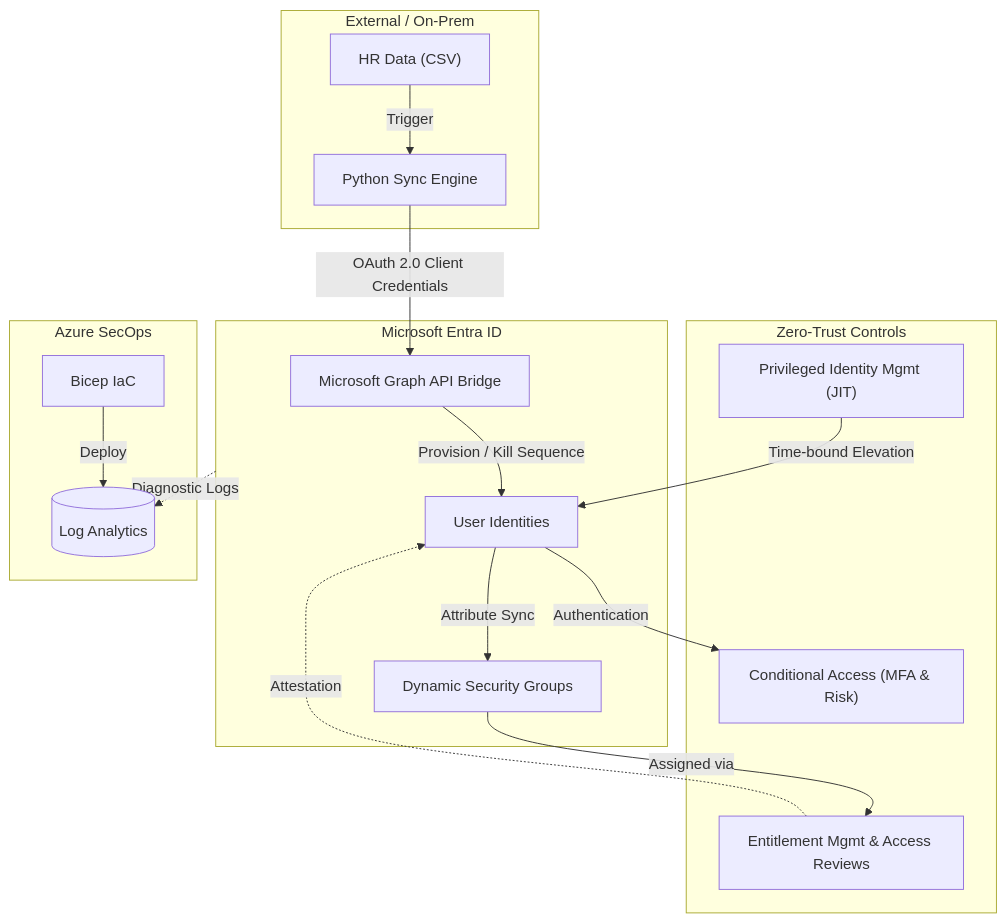
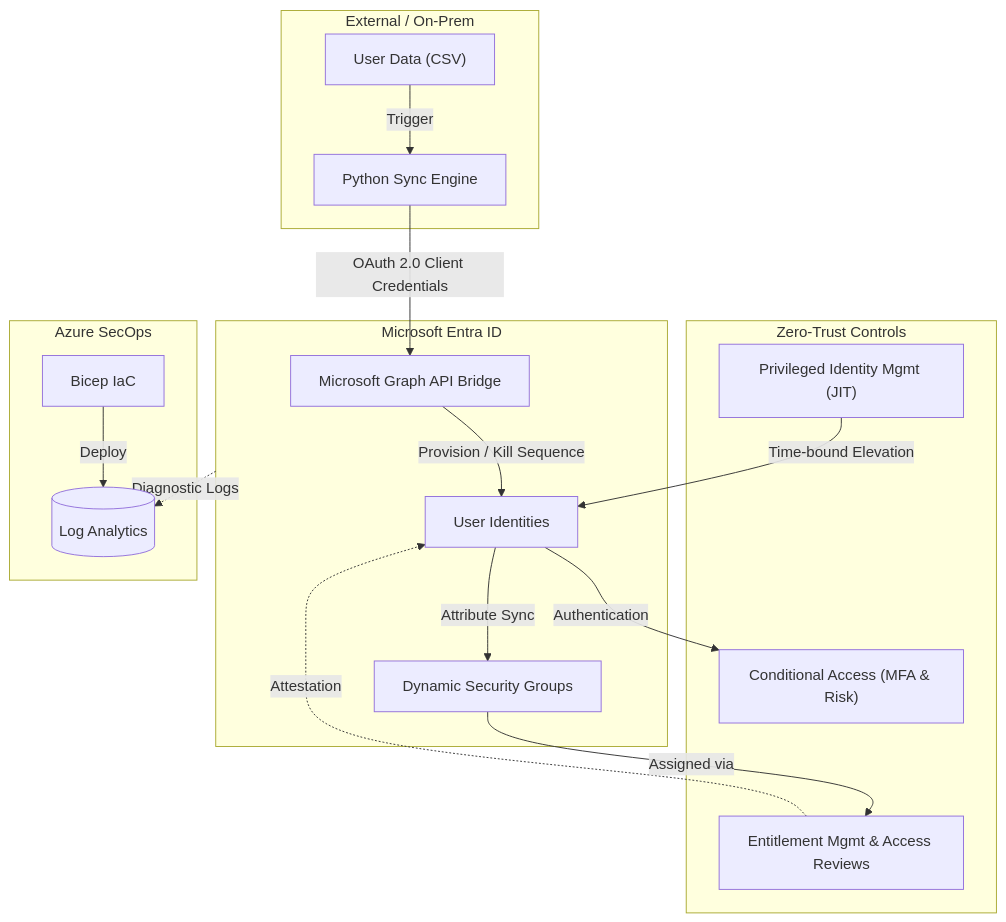
Before and after one commit to IAM-KishoreRamesh/Identity-Management: the diagram in README.md, drawn with Mermaid.

Commit message:
Update HR data label to 'User Data'

````diff
--- a/README.md
+++ b/README.md
@@ -40,42 +40,42 @@
 ```mermaid
 graph TD
     %% External Systems
     subgraph External ["External / On-Prem"]
-        HR["HR Data (CSV)"]
+        HR["User Data (CSV)"]
         Sync["Python Sync Engine"]
     end
 
     %% Entra ID Core
     subgraph EntraID ["Microsoft Entra ID"]
         Graph["Microsoft Graph API Bridge"]
         Users["User Identities"]
         Groups["Dynamic Security Groups"]
     end
 
     %% Security & Governance
     subgraph Controls ["Zero-Trust Controls"]
         CA["Conditional Access (MFA & Risk)"]
         PIM["Privileged Identity Mgmt (JIT)"]
         Gov["Entitlement Mgmt & Access Reviews"]
     end
     
     %% Telemetry
     subgraph Telemetry ["Azure SecOps"]
         Bicep["Bicep IaC"]
         LA[("Log Analytics")]
     end
 
     %% Relationships
     HR -->|"Trigger"| Sync
     Sync -->|"OAuth 2.0 Client Credentials"| Graph
     Graph -->|"Provision / Kill Sequence"| Users
     Users -->|"Attribute Sync"| Groups
     
     Users -->|"Authentication"| CA
     Groups -->|"Assigned via"| Gov
     Gov -.->|"Attestation"| Users
     PIM -->|"Time-bound Elevation"| Users
 
     Bicep -->|"Deploy"| LA
     EntraID -.->|"Diagnostic Logs"| LA
 ```
````
